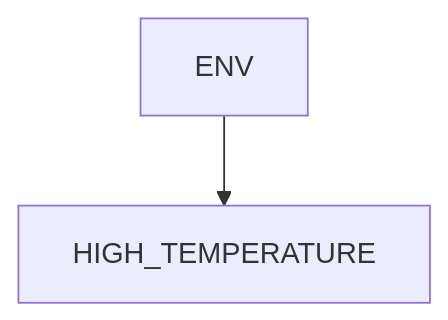
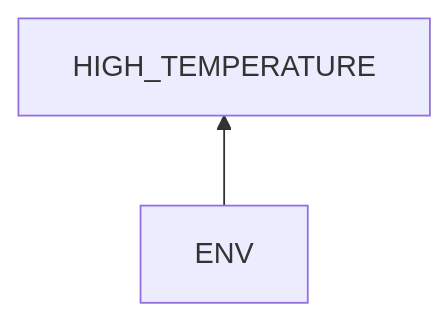
One commit to SuxinL/Notes changed the second of 4 diagrams in Problem Solving/engineering/electronics/thinkpad460s/battery_failture.md. Above: the diagram before and after it, drawn with Mermaid. The commit also changed other lines of this file and 22 other files, not shown here.

````diff
--- a/Problem Solving/engineering/electronics/thinkpad460s/battery_failture.md
+++ b/Problem Solving/engineering/electronics/thinkpad460s/battery_failture.md
@@ -187,4 +176,4 @@
 ```mermaid
-flowchart
+flowchart BT
     ENV --> HIGH_TEMPERATURE
 ```
````
